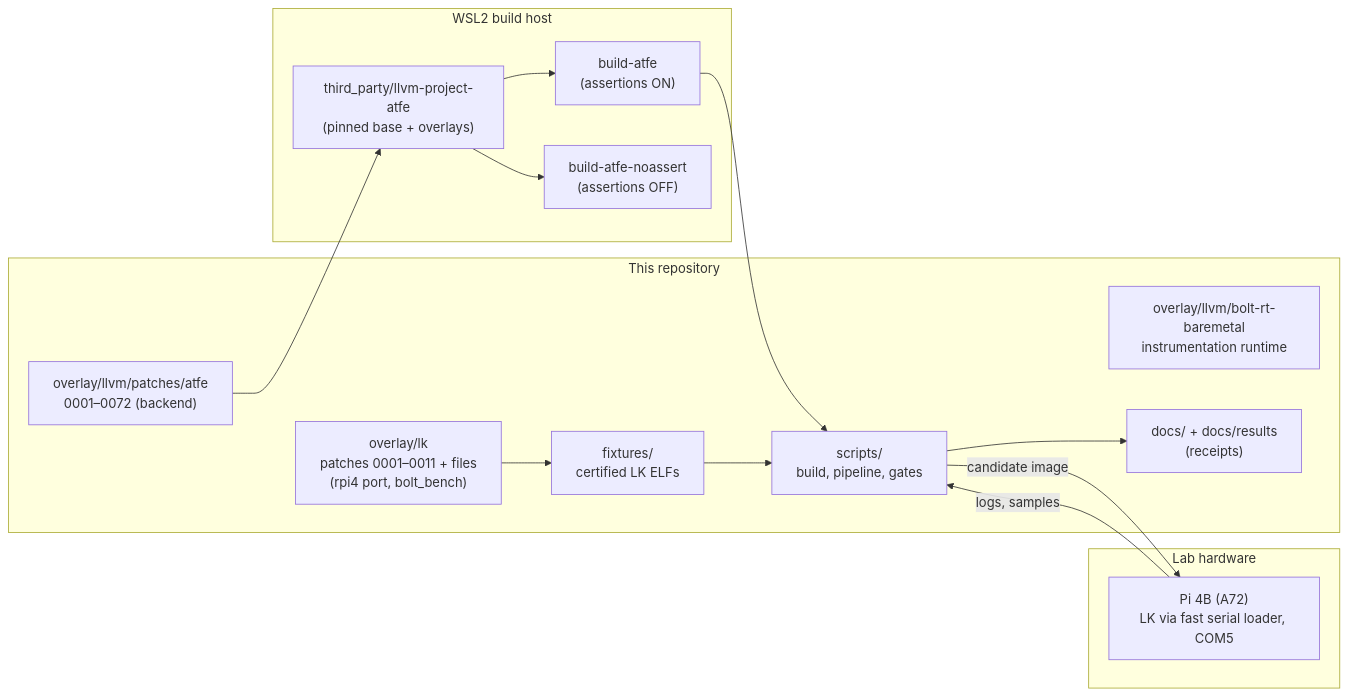
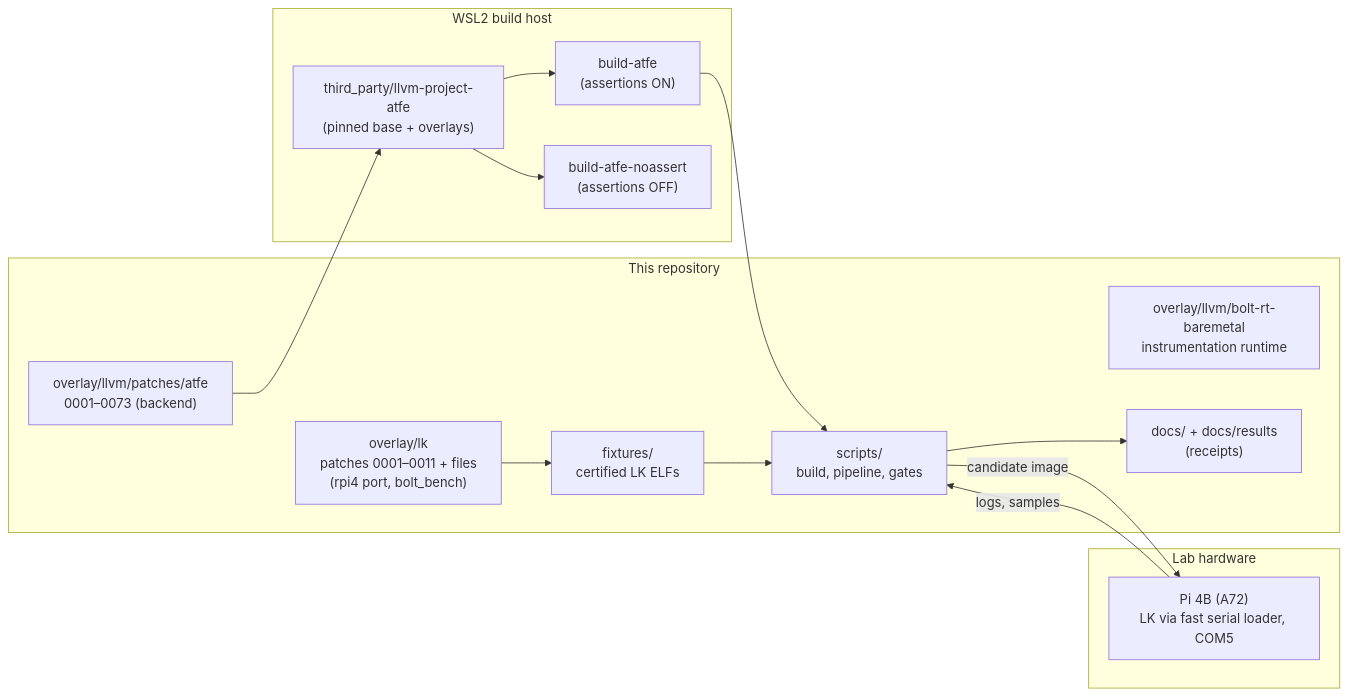
Before and after one commit to shadowfax80/bolt-aarch32: the first of 5 diagrams in docs/AARCH32_BACKEND_ARCHITECTURE.md, drawn with Mermaid. The commit also changed other lines of this file and 41 other files, not shown here.

````diff
--- a/docs/AARCH32_BACKEND_ARCHITECTURE.md
+++ b/docs/AARCH32_BACKEND_ARCHITECTURE.md
@@ -42,26 +42,26 @@
 ```mermaid
 flowchart LR
   subgraph repo["This repository"]
-    OV["overlay/llvm/patches/atfe<br/>0001–0072 (backend)"]
+    OV["overlay/llvm/patches/atfe<br/>0001–0073 (backend)"]
     LKOV["overlay/lk<br/>patches 0001–0011 + files<br/>(rpi4 port, bolt_bench)"]
     RT["overlay/llvm/bolt-rt-baremetal<br/>instrumentation runtime"]
     SC["scripts/<br/>build, pipeline, gates"]
     DOC["docs/ + docs/results<br/>(receipts)"]
     FX["fixtures/<br/>certified LK ELFs"]
   end
   subgraph wsl["WSL2 build host"]
     LIVE["third_party/llvm-project-atfe<br/>(pinned base + overlays)"]
     ON["build-atfe<br/>(assertions ON)"]
     OFF["build-atfe-noassert<br/>(assertions OFF)"]
   end
   subgraph hw["Lab hardware"]
     PI["Pi 4B (A72)<br/>LK via fast serial loader, COM5"]
   end
   OV --> LIVE --> ON & OFF
   ON --> SC
   SC -->|candidate image| PI
   PI -->|logs, samples| SC
   SC --> DOC
   FX --> SC
   LKOV --> FX
 ```
````
